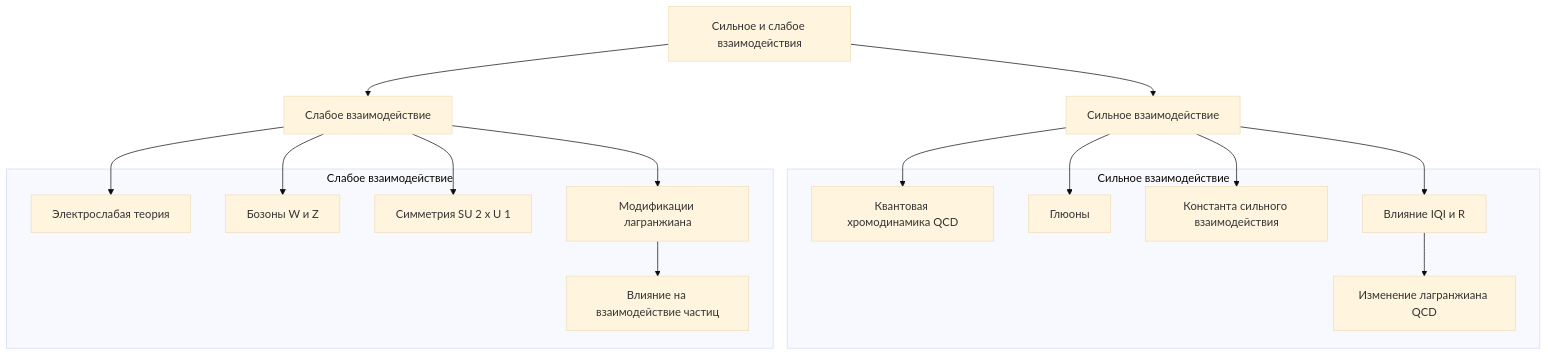
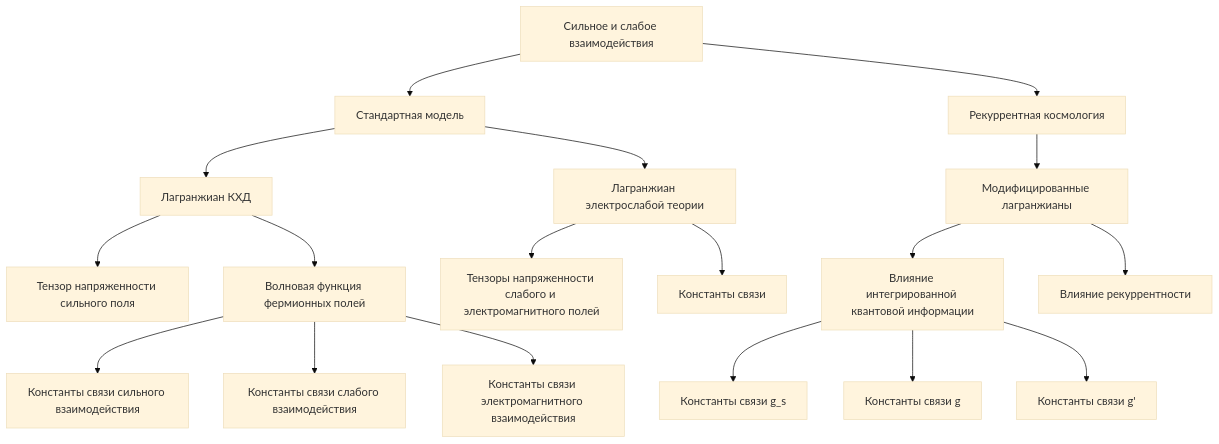
Before and after one commit to commeta/consciousness: the eighth of 28 diagrams in The-Theory-of-Everything.md, drawn with Mermaid (base theme). The commit also changed other lines of this file, not shown here.

````diff
--- a/The-Theory-of-Everything.md
+++ b/The-Theory-of-Everything.md
@@ -222,35 +219,20 @@
 ```mermaid
-graph TB
-    A[Сильное и слабое взаимодействия]
-    A --> B[Сильное взаимодействие]
-    A --> C[Слабое взаимодействие]
-
-    B --> D[Квантовая хромодинамика QCD]
-    B --> E[Глюоны]
-    B --> F[Константа сильного взаимодействия]
-    B --> G[Влияние IQI и R]
-
-    C --> H[Электрослабая теория]
-    C --> I[Бозоны W и Z]
-    C --> J[Симметрия SU 2 x U 1]
-    C --> K[Модификации лагранжиана]
-
-    G --> L[Изменение лагранжиана QCD]
-    K --> M[Влияние на взаимодействие частиц]
-
-    subgraph Сильное взаимодействие
-        D
-        E
-        F
-        G
-        L
-    end
-
-    subgraph Слабое взаимодействие
-        H
-        I
-        J
-        K
-        M
-    end
+graph TD
+    A[Сильное и слабое взаимодействия] --> B[Стандартная модель]
+    A --> C[Рекуррентная космология]
+    B --> D[Лагранжиан КХД]
+    B --> E[Лагранжиан электрослабой теории]
+    D --> F[Тензор напряженности сильного поля]
+    E --> G[Тензоры напряженности слабого и электромагнитного полей]
+    D --> H[Волновая функция фермионных полей]
+    E --> I[Константы связи]
+    H --> J[Константы связи сильного взаимодействия]
+    H --> K[Константы связи слабого взаимодействия]
+    H --> L[Константы связи электромагнитного взаимодействия]
+    C --> M[Модифицированные лагранжианы]
+    M --> N[Влияние интегрированной квантовой информации]
+    M --> O[Влияние рекуррентности]
+    N --> P[Константы связи g_s]
+    N --> Q[Константы связи g]
+    N --> R[Константы связи g']
 ```
````
